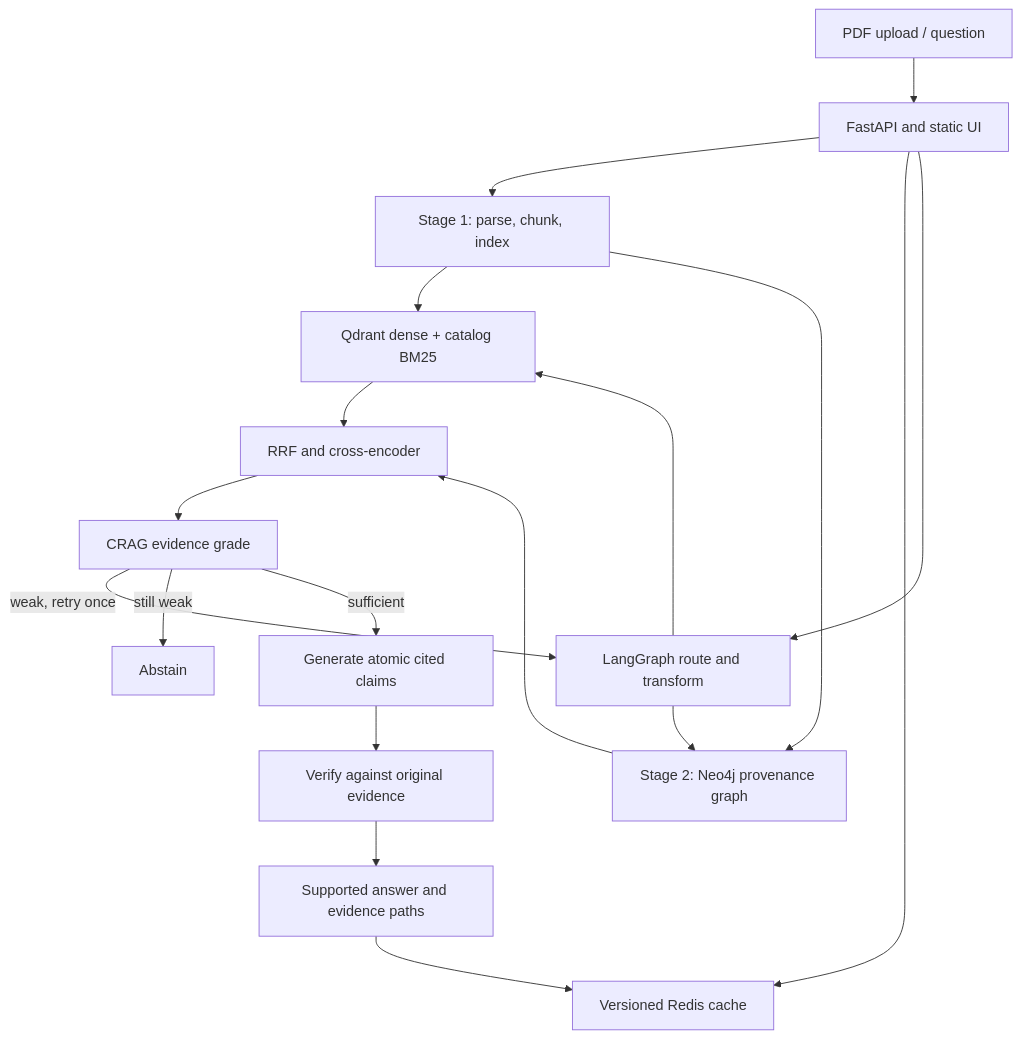
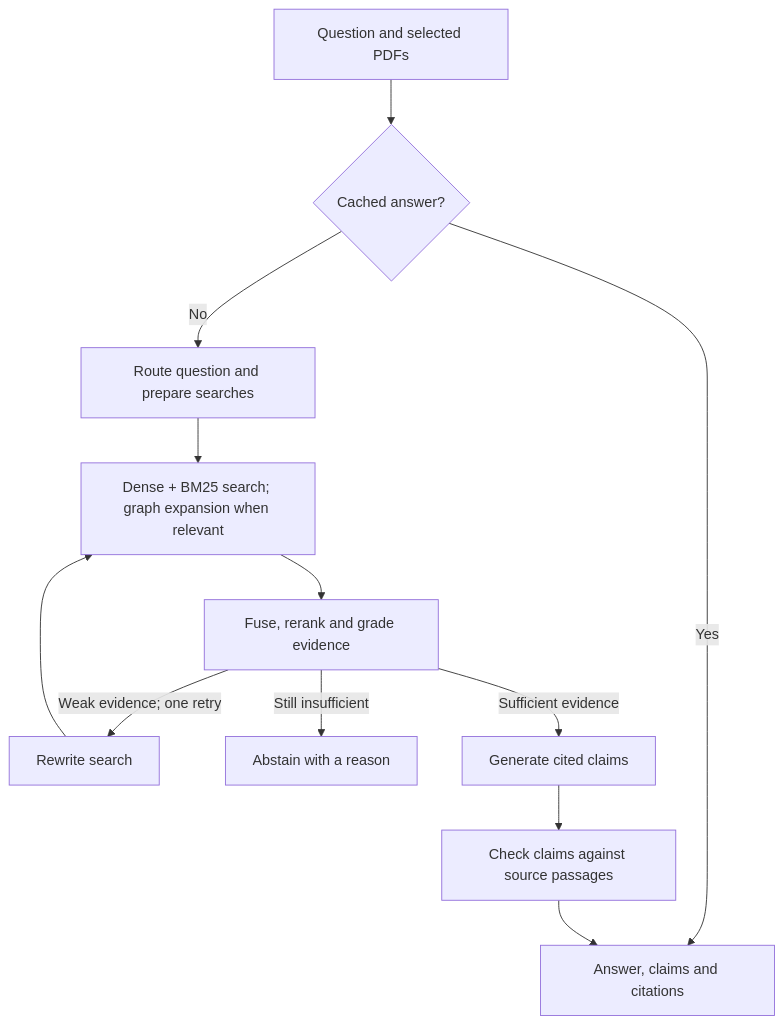
Before and after one commit to Bunnnyyy2005/evidencegraphRAG-x: the diagram in README.md, drawn with Mermaid. The commit also changed other lines of this file and 2 other files, not shown here.

````diff
--- a/README.md
+++ b/README.md
@@ -17,20 +27,14 @@
 ```mermaid
 flowchart TD
-  U["PDF upload / question"] --> A["FastAPI and static UI"]
-  A --> I["Stage 1: parse, chunk, index"]
-  I --> Q["Qdrant dense + catalog BM25"]
-  I --> G["Stage 2: Neo4j provenance graph"]
-  A --> C["Versioned Redis cache"]
-  A --> R["LangGraph route and transform"]
-  R --> Q
-  R --> G
-  Q --> F["RRF and cross-encoder"]
-  G --> F
-  F --> E["CRAG evidence grade"]
-  E -->|"weak, retry once"| R
-  E -->|"still weak"| X["Abstain"]
-  E -->|"sufficient"| N["Generate atomic cited claims"]
-  N --> V["Verify against original evidence"]
-  V --> O["Supported answer and evidence paths"]
-  O --> C
+    Q["Question and selected PDFs"] --> C{"Cached answer?"}
+    C -->|"Yes"| A["Answer, claims and citations"]
+    C -->|"No"| R["Route question and prepare searches"]
+    R --> H["Dense + BM25 search; graph expansion when relevant"]
+    H --> E["Fuse, rerank and grade evidence"]
+    E -->|"Weak evidence; one retry"| W["Rewrite search"]
+    W --> H
+    E -->|"Still insufficient"| X["Abstain with a reason"]
+    E -->|"Sufficient evidence"| G["Generate cited claims"]
+    G --> V["Check claims against source passages"]
+    V --> A
 ```
````
